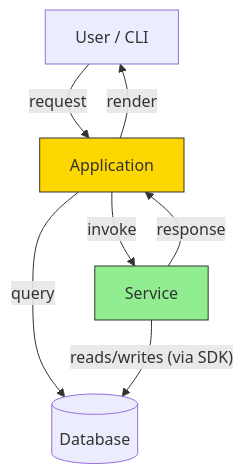
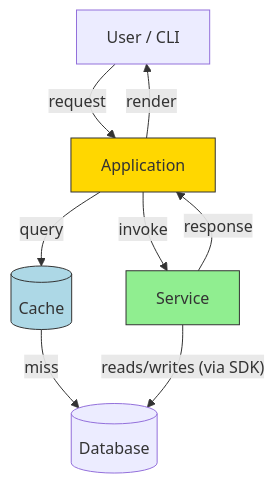
One commit to chienyuanchang/rich-diff-comments changed the first of 2 diagrams in test_md_files/sample-design-doc.md. Above: the diagram before and after it, drawn with Mermaid. The commit also changed other lines of this file, not shown here.

````diff
--- a/test_md_files/sample-design-doc.md
+++ b/test_md_files/sample-design-doc.md
@@ -52,17 +61,20 @@
 ```mermaid
 graph TD
     User[User / CLI]
     App[Application]
     Svc[Service]
+    Cache[(Cache)]
     DB[(Database)]
 
     User -->|request| App
-    App -->|query| DB
+    App -->|query| Cache
+    Cache -->|miss| DB
     App -->|invoke| Svc
     Svc -->|"reads/writes (via SDK)"| DB
     Svc -->|response| App
     App -->|render| User
 
     style App fill:#FFD700,stroke:#333
     style Svc fill:#90EE90,stroke:#333
+    style Cache fill:#ADD8E6,stroke:#333
 ```
````
